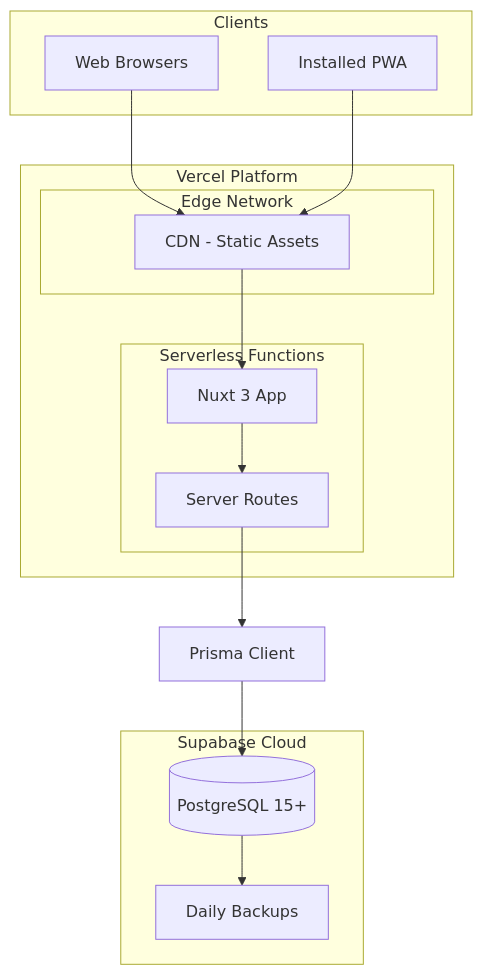
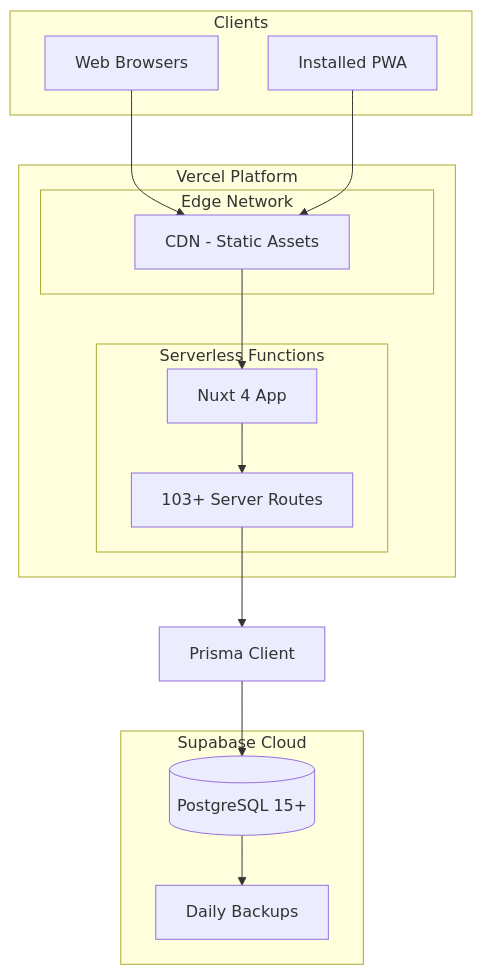
One commit to alkholigroup2020/stock-management-system changed the tenth of 10 diagrams in project-docs/System_Design.md. Above: the diagram before and after it, drawn with Mermaid. The commit also changed other lines of this file and 5 other files, not shown here.

````diff
--- a/project-docs/System_Design.md
+++ b/project-docs/System_Design.md
@@ -452,33 +575,33 @@
 ```mermaid
 flowchart TB
     subgraph "Vercel Platform"
         subgraph "Edge Network"
             CDN[CDN - Static Assets]
         end
 
         subgraph "Serverless Functions"
-            NUXT[Nuxt 3 App]
-            API[Server Routes]
+            NUXT[Nuxt 4 App]
+            API[103+ Server Routes]
         end
 
         CDN --> NUXT
         NUXT --> API
     end
 
     subgraph "Supabase Cloud"
         DB[(PostgreSQL 15+)]
         BACKUP[Daily Backups]
         DB --> BACKUP
     end
 
     API --> PRISMA[Prisma Client]
     PRISMA --> DB
 
     subgraph "Clients"
         BROWSER[Web Browsers]
         PWA[Installed PWA]
     end
 
     BROWSER --> CDN
     PWA --> CDN
 ```
````
